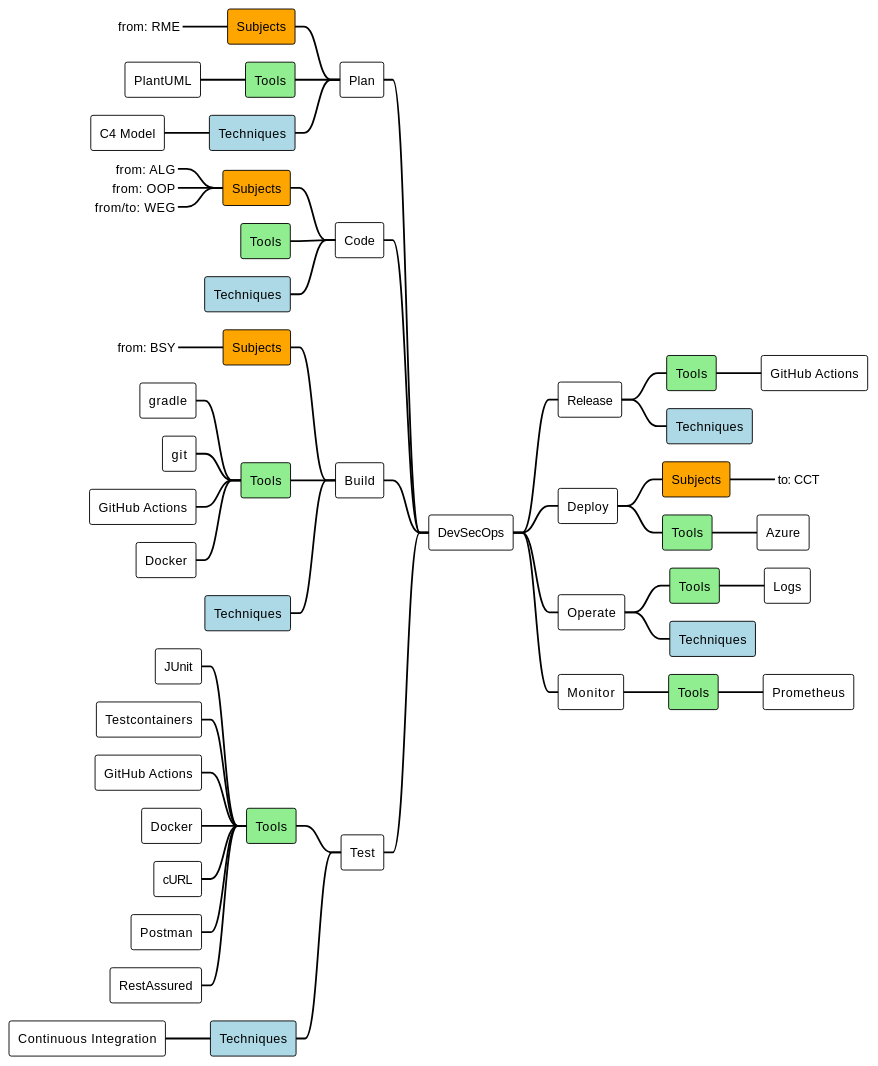
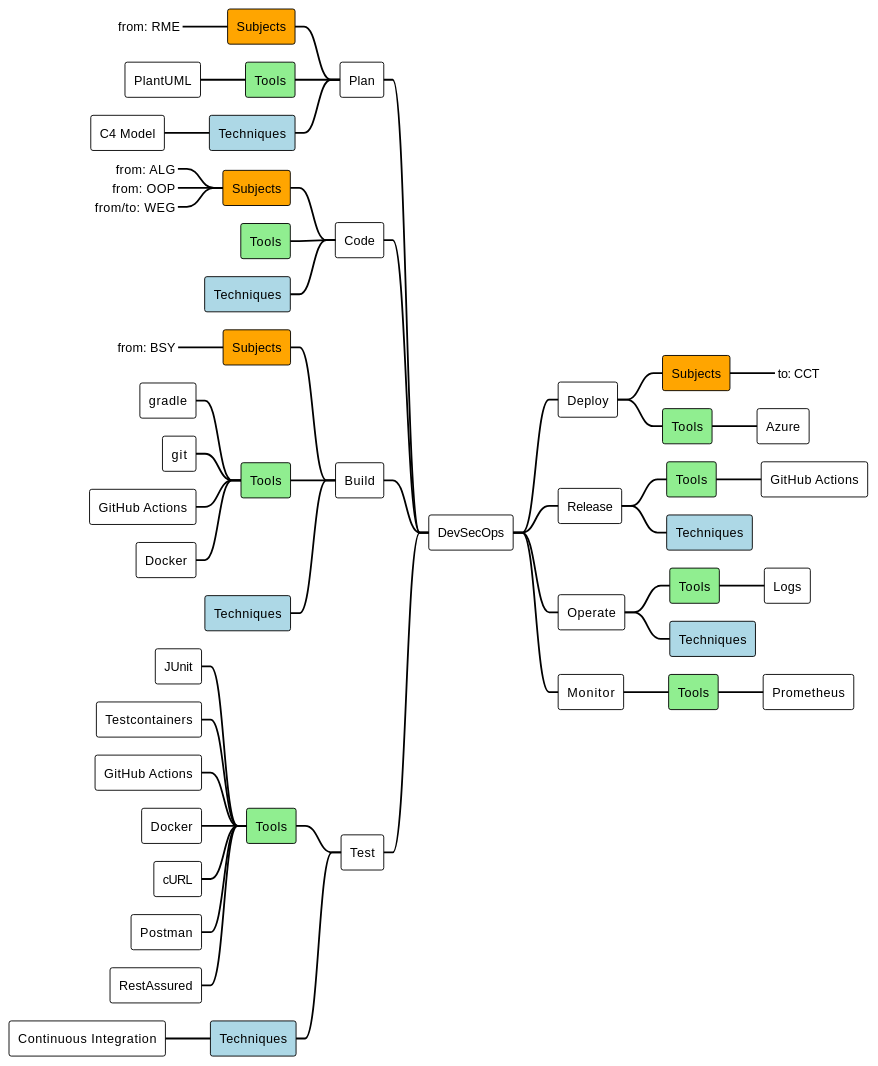
The diagram in docs/guiding-thread.md (nds-swe/swdt), drawn with PlantUML before and after one commit. The commit also changed other lines of this file and 9 other files, not shown here.

````diff
--- a/docs/guiding-thread.md
+++ b/docs/guiding-thread.md
@@ -13,79 +35,79 @@
 ```plantuml
 @startmindmap
 
 <style>
 node {
   BackgroundColor white
   LineColor black
   LineThickness 1.0
   RoundCorner 5
 }
 arrow {
   LineThickness 2
   LineColor black
 }
 </style>
 
 
 + DevSecOps
 -- Plan
 ---[#orange] Subjects
 ----_ from: RME
 ---[#lightgreen] Tools
 ---- PlantUML
 ---[#lightblue] Techniques
 ---- C4 Model
 
 -- Code
 ---[#orange] Subjects
 ----_ from: ALG
 ----_ from: OOP
 ----_ from/to: WEG
 ---[#lightgreen] Tools
 ---[#lightblue] Techniques
 
 -- Build
 ---[#orange] Subjects
 ----_ from: BSY
 ---[#lightgreen] Tools
 ---- gradle
 ---- git
 ---- GitHub Actions
 ---- Docker
 ---[#lightblue] Techniques
 
 -- Test
 ---[#lightgreen] Tools
 ---- JUnit
 ---- Testcontainers
 ---- GitHub Actions
 ---- Docker
 ---- cURL
 ---- Postman
 ---- RestAssured
 ---[#lightblue] Techniques
 ---- Continuous Integration
 
 
-++ Release
-+++[#lightgreen] Tools
-++++ GitHub Actions
-+++[#lightblue] Techniques
-
 ++ Deploy
 +++[#orange] Subjects
 ++++_ to: CCT
 +++[#lightgreen] Tools
 ++++ Azure
+
+++ Release
++++[#lightgreen] Tools
+++++ GitHub Actions
++++[#lightblue] Techniques
 
 ++ Operate
 +++[#lightgreen] Tools
 ++++ Logs
 +++[#lightblue] Techniques
 
 ++ Monitor
 +++[#lightgreen] Tools
 ++++ Prometheus
 @endmindmap
 
 ```
````
